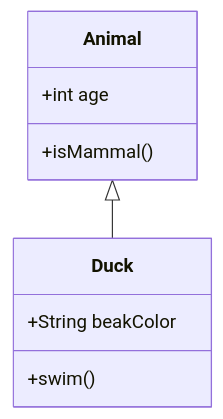
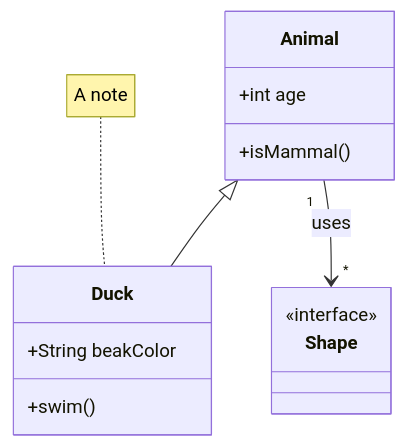
Before and after one commit to shuheykoyama/inkdrop-themes-for-obsidian: the fifth of 24 diagrams in tests/fixtures/vault/Mermaid.md, drawn with Mermaid. The commit also changed other lines of this file and 17 other files, not shown here.

First line of the commit message:
feat(mermaid): give every diagram type Inkdrop's colours

````diff
--- a/tests/fixtures/vault/Mermaid.md
+++ b/tests/fixtures/vault/Mermaid.md
@@ -66,10 +66,17 @@
 ```mermaid
 classDiagram
-  Animal <|-- Duck
-  Animal : +int age
-  Animal: +isMammal()
-  class Duck{
+  class Animal {
+    +int age
+    +isMammal()
+  }
+  class Duck {
     +String beakColor
     +swim()
   }
+  class Shape {
+    <<interface>>
+  }
+  Animal <|-- Duck
+  Animal "1" --> "*" Shape : uses
+  note for Duck "A note"
 ```
````
